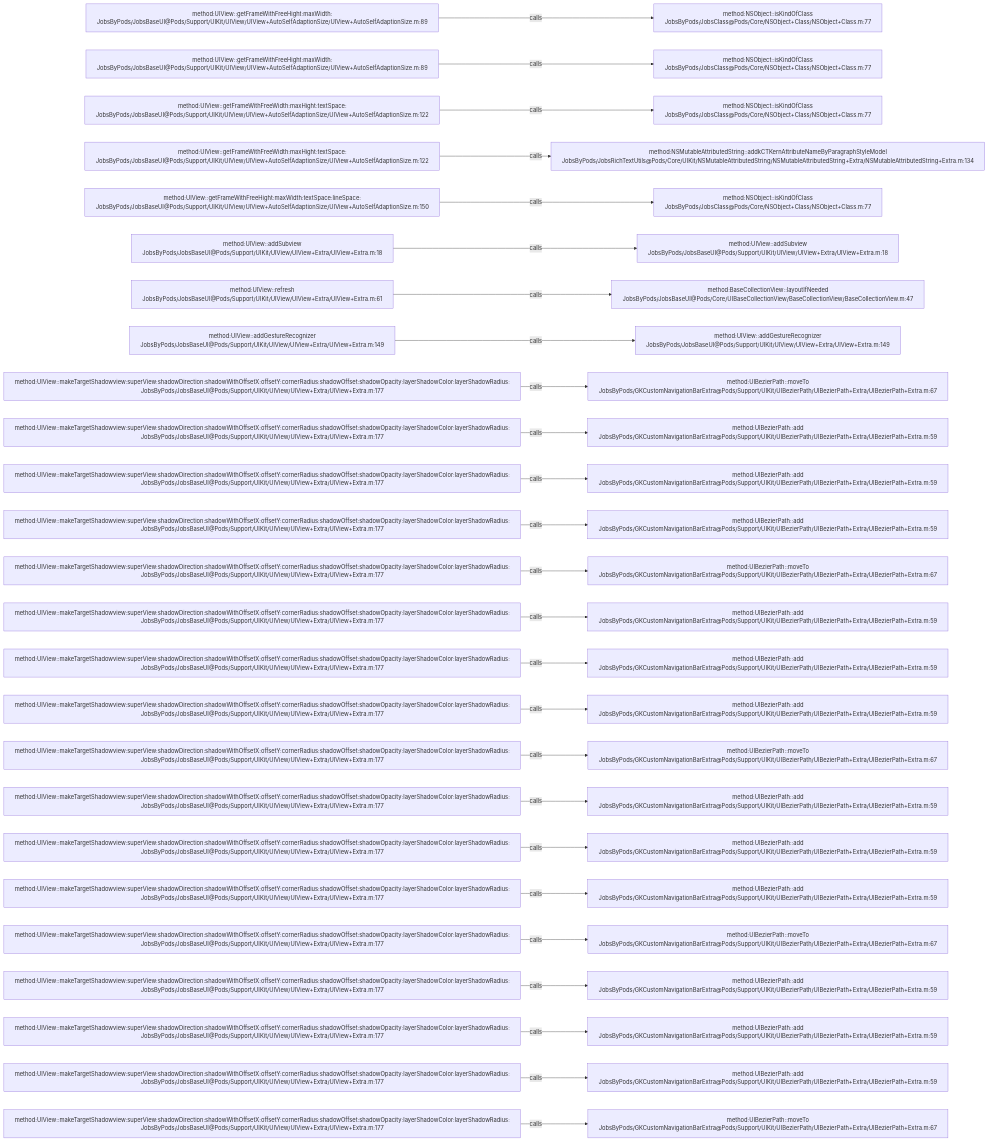
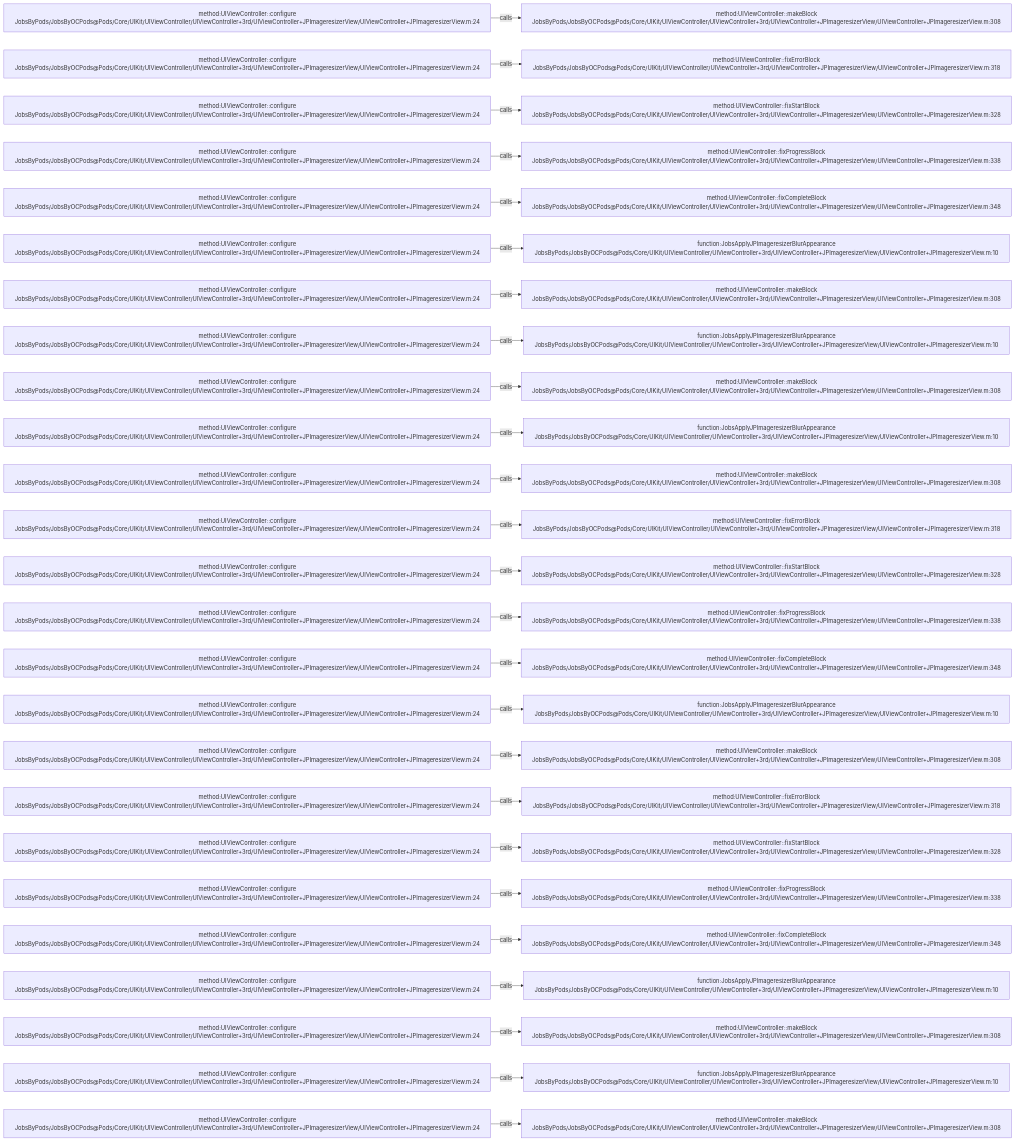
One commit to JobsKits/JobsOCBaseConfigDemo changed the diagram in .codegraph/codegraph.md/graphs/calls-044.md. Above: the diagram before and after it, drawn with Mermaid. The commit also changed 573 other files, not shown here.

````diff
--- a/.codegraph/codegraph.md/graphs/calls-044.md
+++ b/.codegraph/codegraph.md/graphs/calls-044.md
@@ -13,78 +13,78 @@
 ```mermaid
 flowchart LR
-  S1["method:UIView::getFrameWithFreeHight:maxWidth:<br/>JobsByPods/JobsBaseUI@Pods/Support/UIKit/UIView/UIView+AutoSelfAdaptionSize/UIView+AutoSelfAdaptionSize.m:89"]
-  T1["method:NSObject::isKindOfClass<br/>JobsByPods/JobsClass@Pods/Core/NSObject+Class/NSObject+Class.m:77"]
+  S1["method:UIViewController::configure<br/>JobsByPods/JobsByOCPods@Pods/Core/UIKit/UIViewController/UIViewController+3rd/UIViewController+JPImageresizerView/UIViewController+JPImageresizerView.m:24"]
+  T1["method:UIViewController::makeBlock<br/>JobsByPods/JobsByOCPods@Pods/Core/UIKit/UIViewController/UIViewController+3rd/UIViewController+JPImageresizerView/UIViewController+JPImageresizerView.m:308"]
   S1 -->|calls| T1
-  S2["method:UIView::getFrameWithFreeHight:maxWidth:<br/>JobsByPods/JobsBaseUI@Pods/Support/UIKit/UIView/UIView+AutoSelfAdaptionSize/UIView+AutoSelfAdaptionSize.m:89"]
-  T2["method:NSObject::isKindOfClass<br/>JobsByPods/JobsClass@Pods/Core/NSObject+Class/NSObject+Class.m:77"]
+  S2["method:UIViewController::configure<br/>JobsByPods/JobsByOCPods@Pods/Core/UIKit/UIViewController/UIViewController+3rd/UIViewController+JPImageresizerView/UIViewController+JPImageresizerView.m:24"]
+  T2["method:UIViewController::fixErrorBlock<br/>JobsByPods/JobsByOCPods@Pods/Core/UIKit/UIViewController/UIViewController+3rd/UIViewController+JPImageresizerView/UIViewController+JPImageresizerView.m:318"]
   S2 -->|calls| T2
-  S3["method:UIView::getFrameWithFreeWidth:maxHight:textSpace:<br/>JobsByPods/JobsBaseUI@Pods/Support/UIKit/UIView/UIView+AutoSelfAdaptionSize/UIView+AutoSelfAdaptionSize.m:122"]
-  T3["method:NSObject::isKindOfClass<br/>JobsByPods/JobsClass@Pods/Core/NSObject+Class/NSObject+Class.m:77"]
+  S3["method:UIViewController::configure<br/>JobsByPods/JobsByOCPods@Pods/Core/UIKit/UIViewController/UIViewController+3rd/UIViewController+JPImageresizerView/UIViewController+JPImageresizerView.m:24"]
+  T3["method:UIViewController::fixStartBlock<br/>JobsByPods/JobsByOCPods@Pods/Core/UIKit/UIViewController/UIViewController+3rd/UIViewController+JPImageresizerView/UIViewController+JPImageresizerView.m:328"]
   S3 -->|calls| T3
-  S4["method:UIView::getFrameWithFreeWidth:maxHight:textSpace:<br/>JobsByPods/JobsBaseUI@Pods/Support/UIKit/UIView/UIView+AutoSelfAdaptionSize/UIView+AutoSelfAdaptionSize.m:122"]
-  T4["method:NSMutableAttributedString::addkCTKernAttributeNameByParagraphStyleModel<br/>JobsByPods/JobsRichTextUtils@Pods/Core/UIKit/NSMutableAttributedString/NSMutableAttributedString+Extra/NSMutableAttributedString+Extra.m:134"]
+  S4["method:UIViewController::configure<br/>JobsByPods/JobsByOCPods@Pods/Core/UIKit/UIViewController/UIViewController+3rd/UIViewController+JPImageresizerView/UIViewController+JPImageresizerView.m:24"]
+  T4["method:UIViewController::fixProgressBlock<br/>JobsByPods/JobsByOCPods@Pods/Core/UIKit/UIViewController/UIViewController+3rd/UIViewController+JPImageresizerView/UIViewController+JPImageresizerView.m:338"]
   S4 -->|calls| T4
-  S5["method:UIView::getFrameWithFreeHight:maxWidth:textSpace:lineSpace:<br/>JobsByPods/JobsBaseUI@Pods/Support/UIKit/UIView/UIView+AutoSelfAdaptionSize/UIView+AutoSelfAdaptionSize.m:150"]
-  T5["method:NSObject::isKindOfClass<br/>JobsByPods/JobsClass@Pods/Core/NSObject+Class/NSObject+Class.m:77"]
+  S5["method:UIViewController::configure<br/>JobsByPods/JobsByOCPods@Pods/Core/UIKit/UIViewController/UIViewController+3rd/UIViewController+JPImageresizerView/UIViewController+JPImageresizerView.m:24"]
+  T5["method:UIViewController::fixCompleteBlock<br/>JobsByPods/JobsByOCPods@Pods/Core/UIKit/UIViewController/UIViewController+3rd/UIViewController+JPImageresizerView/UIViewController+JPImageresizerView.m:348"]
   S5 -->|calls| T5
-  S6["method:UIView::addSubview<br/>JobsByPods/JobsBaseUI@Pods/Support/UIKit/UIView/UIView+Extra/UIView+Extra.m:18"]
-  T6["method:UIView::addSubview<br/>JobsByPods/JobsBaseUI@Pods/Support/UIKit/UIView/UIView+Extra/UIView+Extra.m:18"]
+  S6["method:UIViewController::configure<br/>JobsByPods/JobsByOCPods@Pods/Core/UIKit/UIViewController/UIViewController+3rd/UIViewController+JPImageresizerView/UIViewController+JPImageresizerView.m:24"]
+  T6["function:JobsApplyJPImageresizerBlurAppearance<br/>JobsByPods/JobsByOCPods@Pods/Core/UIKit/UIViewController/UIViewController+3rd/UIViewController+JPImageresizerView/UIViewController+JPImageresizerView.m:10"]
   S6 -->|calls| T6
-  S7["method:UIView::refresh<br/>JobsByPods/JobsBaseUI@Pods/Support/UIKit/UIView/UIView+Extra/UIView+Extra.m:61"]
-  T7["method:BaseCollectionView::layoutIfNeeded<br/>JobsByPods/JobsBaseUI@Pods/Core/UIBaseCollectionView/BaseCollectionView/BaseCollectionView.m:47"]
+  S7["method:UIViewController::configure<br/>JobsByPods/JobsByOCPods@Pods/Core/UIKit/UIViewController/UIViewController+3rd/UIViewController+JPImageresizerView/UIViewController+JPImageresizerView.m:24"]
+  T7["method:UIViewController::makeBlock<br/>JobsByPods/JobsByOCPods@Pods/Core/UIKit/UIViewController/UIViewController+3rd/UIViewController+JPImageresizerView/UIViewController+JPImageresizerView.m:308"]
   S7 -->|calls| T7
-  S8["method:UIView::addGestureRecognizer<br/>JobsByPods/JobsBaseUI@Pods/Support/UIKit/UIView/UIView+Extra/UIView+Extra.m:149"]
-  T8["method:UIView::addGestureRecognizer<br/>JobsByPods/JobsBaseUI@Pods/Support/UIKit/UIView/UIView+Extra/UIView+Extra.m:149"]
+  S8["method:UIViewController::configure<br/>JobsByPods/JobsByOCPods@Pods/Core/UIKit/UIViewController/UIViewController+3rd/UIViewController+JPImageresizerView/UIViewController+JPImageresizerView.m:24"]
+  T8["function:JobsApplyJPImageresizerBlurAppearance<br/>JobsByPods/JobsByOCPods@Pods/Core/UIKit/UIViewController/UIViewController+3rd/UIViewController+JPImageresizerView/UIViewController+JPImageresizerView.m:10"]
   S8 -->|calls| T8
-  S9["method:UIView::makeTargetShadowview:superView:shadowDirection:shadowWithOffsetX:offsetY:cornerRadius:shadowOffset:shadowOpacity:layerShadowColor:layerShadowRadius:<br/>JobsByPods/JobsBaseUI@Pods/Support/UIKit/UIView/UIView+Extra/UIView+Extra.m:177"]
-  T9["method:UIBezierPath::moveTo<br/>JobsByPods/GKCustomNavigationBarExtra@Pods/Support/UIKit/UIBezierPath/UIBezierPath+Extra/UIBezierPath+Extra.m:67"]
+  S9["method:UIViewController::configure<br/>JobsByPods/JobsByOCPods@Pods/Core/UIKit/UIViewController/UIViewController+3rd/UIViewController+JPImageresizerView/UIViewController+JPImageresizerView.m:24"]
+  T9["method:UIViewController::makeBlock<br/>JobsByPods/JobsByOCPods@Pods/Core/UIKit/UIViewController/UIViewController+3rd/UIViewController+JPImageresizerView/UIViewController+JPImageresizerView.m:308"]
   S9 -->|calls| T9
-  S10["method:UIView::makeTargetShadowview:superView:shadowDirection:shadowWithOffsetX:offsetY:cornerRadius:shadowOffset:shadowOpacity:layerShadowColor:layerShadowRadius:<br/>JobsByPods/JobsBaseUI@Pods/Support/UIKit/UIView/UIView+Extra/UIView+Extra.m:177"]
-  T10["method:UIBezierPath::add<br/>JobsByPods/GKCustomNavigationBarExtra@Pods/Support/UIKit/UIBezierPath/UIBezierPath+Extra/UIBezierPath+Extra.m:59"]
+  S10["method:UIViewController::configure<br/>JobsByPods/JobsByOCPods@Pods/Core/UIKit/UIViewController/UIViewController+3rd/UIViewController+JPImageresizerView/UIViewController+JPImageresizerView.m:24"]
+  T10["function:JobsApplyJPImageresizerBlurAppearance<br/>JobsByPods/JobsByOCPods@Pods/Core/UIKit/UIViewController/UIViewController+3rd/UIViewController+JPImageresizerView/UIViewController+JPImageresizerView.m:10"]
   S10 -->|calls| T10
-  S11["method:UIView::makeTargetShadowview:superView:shadowDirection:shadowWithOffsetX:offsetY:cornerRadius:shadowOffset:shadowOpacity:layerShadowColor:layerShadowRadius:<br/>JobsByPods/JobsBaseUI@Pods/Support/UIKit/UIView/UIView+Extra/UIView+Extra.m:177"]
-  T11["method:UIBezierPath::add<br/>JobsByPods/GKCustomNavigationBarExtra@Pods/Support/UIKit/UIBezierPath/UIBezierPath+Extra/UIBezierPath+Extra.m:59"]
+  S11["method:UIViewController::configure<br/>JobsByPods/JobsByOCPods@Pods/Core/UIKit/UIViewController/UIViewController+3rd/UIViewController+JPImageresizerView/UIViewController+JPImageresizerView.m:24"]
+  T11["method:UIViewController::makeBlock<br/>JobsByPods/JobsByOCPods@Pods/Core/UIKit/UIViewController/UIViewController+3rd/UIViewController+JPImageresizerView/UIViewController+JPImageresizerView.m:308"]
   S11 -->|calls| T11
-  S12["method:UIView::makeTargetShadowview:superView:shadowDirection:shadowWithOffsetX:offsetY:cornerRadius:shadowOffset:shadowOpacity:layerShadowColor:layerShadowRadius:<br/>JobsByPods/JobsBaseUI@Pods/Support/UIKit/UIView/UIView+Extra/UIView+Extra.m:177"]
-  T12["method:UIBezierPath::add<br/>JobsByPods/GKCustomNavigationBarExtra@Pods/Support/UIKit/UIBezierPath/UIBezierPath+Extra/UIBezierPath+Extra.m:59"]
+  S12["method:UIViewController::configure<br/>JobsByPods/JobsByOCPods@Pods/Core/UIKit/UIViewController/UIViewController+3rd/UIViewController+JPImageresizerView/UIViewController+JPImageresizerView.m:24"]
+  T12["method:UIViewController::fixErrorBlock<br/>JobsByPods/JobsByOCPods@Pods/Core/UIKit/UIViewController/UIViewController+3rd/UIViewController+JPImageresizerView/UIViewController+JPImageresizerView.m:318"]
   S12 -->|calls| T12
-  S13["method:UIView::makeTargetShadowview:superView:shadowDirection:shadowWithOffsetX:offsetY:cornerRadius:shadowOffset:shadowOpacity:layerShadowColor:layerShadowRadius:<br/>JobsByPods/JobsBaseUI@Pods/Support/UIKit/UIView/UIView+Extra/UIView+Extra.m:177"]
-  T13["method:UIBezierPath::moveTo<br/>JobsByPods/GKCustomNavigationBarExtra@Pods/Support/UIKit/UIBezierPath/UIBezierPath+Extra/UIBezierPath+Extra.m:67"]
+  S13["method:UIViewController::configure<br/>JobsByPods/JobsByOCPods@Pods/Core/UIKit/UIViewController/UIViewController+3rd/UIViewController+JPImageresizerView/UIViewController+JPImageresizerView.m:24"]
+  T13["method:UIViewController::fixStartBlock<br/>JobsByPods/JobsByOCPods@Pods/Core/UIKit/UIViewController/UIViewController+3rd/UIViewController+JPImageresizerView/UIViewController+JPImageresizerView.m:328"]
   S13 -->|calls| T13
-  S14["method:UIView::makeTargetShadowview:superView:shadowDirection:shadowWithOffsetX:offsetY:cornerRadius:shadowOffset:shadowOpacity:layerShadowColor:layerShadowRadius:<br/>JobsByPods/JobsBaseUI@Pods/Support/UIKit/UIView/UIView+Extra/UIView+Extra.m:177"]
-  T14["method:UIBezierPath::add<br/>JobsByPods/GKCustomNavigationBarExtra@Pods/Support/UIKit/UIBezierPath/UIBezierPath+Extra/UIBezierPath+Extra.m:59"]
+  S14["method:UIViewController::configure<br/>JobsByPods/JobsByOCPods@Pods/Core/UIKit/UIViewController/UIViewController+3rd/UIViewController+JPImageresizerView/UIViewController+JPImageresizerView.m:24"]
+  T14["method:UIViewController::fixProgressBlock<br/>JobsByPods/JobsByOCPods@Pods/Core/UIKit/UIViewController/UIViewController+3rd/UIViewController+JPImageresizerView/UIViewController+JPImageresizerView.m:338"]
   S14 -->|calls| T14
-  S15["method:UIView::makeTargetShadowview:superView:shadowDirection:shadowWithOffsetX:offsetY:cornerRadius:shadowOffset:shadowOpacity:layerShadowColor:layerShadowRadius:<br/>JobsByPods/JobsBaseUI@Pods/Support/UIKit/UIView/UIView+Extra/UIView+Extra.m:177"]
-  T15["method:UIBezierPath::add<br/>JobsByPods/GKCustomNavigationBarExtra@Pods/Support/UIKit/UIBezierPath/UIBezierPath+Extra/UIBezierPath+Extra.m:59"]
+  S15["method:UIViewController::configure<br/>JobsByPods/JobsByOCPods@Pods/Core/UIKit/UIViewController/UIViewController+3rd/UIViewController+JPImageresizerView/UIViewController+JPImageresizerView.m:24"]
+  T15["method:UIViewController::fixCompleteBlock<br/>JobsByPods/JobsByOCPods@Pods/Core/UIKit/UIViewController/UIViewController+3rd/UIViewController+JPImageresizerView/UIViewController+JPImageresizerView.m:348"]
   S15 -->|calls| T15
-  S16["method:UIView::makeTargetShadowview:superView:shadowDirection:shadowWithOffsetX:offsetY:cornerRadius:shadowOffset:shadowOpacity:layerShadowColor:layerShadowRadius:<br/>JobsByPods/JobsBaseUI@Pods/Support/UIKit/UIView/UIView+Extra/UIView+Extra.m:177"]
-  T16["method:UIBezierPath::add<br/>JobsByPods/GKCustomNavigationBarExtra@Pods/Support/UIKit/UIBezierPath/UIBezierPath+Extra/UIBezierPath+Extra.m:59"]
+  S16["method:UIViewController::configure<br/>JobsByPods/JobsByOCPods@Pods/Core/UIKit/UIViewController/UIViewController+3rd/UIViewController+JPImageresizerView/UIViewController+JPImageresizerView.m:24"]
+  T16["function:JobsApplyJPImageresizerBlurAppearance<br/>JobsByPods/JobsByOCPods@Pods/Core/UIKit/UIViewController/UIViewController+3rd/UIViewController+JPImageresizerView/UIViewController+JPImageresizerView.m:10"]
   S16 -->|calls| T16
-  S17["method:UIView::makeTargetShadowview:superView:shadowDirection:shadowWithOffsetX:offsetY:cornerRadius:shadowOffset:shadowOpacity:layerShadowColor:layerShadowRadius:<br/>JobsByPods/JobsBaseUI@Pods/Support/UIKit/UIView/UIView+Extra/UIView+Extra.m:177"]
-  T17["method:UIBezierPath::moveTo<br/>JobsByPods/GKCustomNavigationBarExtra@Pods/Support/UIKit/UIBezierPath/UIBezierPath+Extra/UIBezierPath+Extra.m:67"]
+  S17["method:UIViewController::configure<br/>JobsByPods/JobsByOCPods@Pods/Core/UIKit/UIViewController/UIViewController+3rd/UIViewController+JPImageresizerView/UIViewController+JPImageresizerView.m:24"]
+  T17["method:UIViewController::makeBlock<br/>JobsByPods/JobsByOCPods@Pods/Core/UIKit/UIViewController/UIViewController+3rd/UIViewController+JPImageresizerView/UIViewController+JPImageresizerView.m:308"]
   S17 -->|calls| T17
-  S18["method:UIView::makeTargetShadowview:superView:shadowDirection:shadowWithOffsetX:offsetY:cornerRadius:shadowOffset:shadowOpacity:layerShadowColor:layerShadowRadius:<br/>JobsByPods/JobsBaseUI@Pods/Support/UIKit/UIView/UIView+Extra/UIView+Extra.m:177"]
-  T18["method:UIBezierPath::add<br/>JobsByPods/GKCustomNavigationBarExtra@Pods/Support/UIKit/UIBezierPath/UIBezierPath+Extra/UIBezierPath+Extra.m:59"]
+  S18["method:UIViewController::configure<br/>JobsByPods/JobsByOCPods@Pods/Core/UIKit/UIViewController/UIViewController+3rd/UIViewController+JPImageresizerView/UIViewController+JPImageresizerView.m:24"]
+  T18["method:UIViewController::fixErrorBlock<br/>JobsByPods/JobsByOCPods@Pods/Core/UIKit/UIViewController/UIViewController+3rd/UIViewController+JPImageresizerView/UIViewController+JPImageresizerView.m:318"]
   S18 -->|calls| T18
-  S19["method:UIView::makeTargetShadowview:superView:shadowDirection:shadowWithOffsetX:offsetY:cornerRadius:shadowOffset:shadowOpacity:layerShadowColor:layerShadowRadius:<br/>JobsByPods/JobsBaseUI@Pods/Support/UIKit/UIView/UIView+Extra/UIView+Extra.m:177"]
-  T19["method:UIBezierPath::add<br/>JobsByPods/GKCustomNavigationBarExtra@Pods/Support/UIKit/UIBezierPath/UIBezierPath+Extra/UIBezierPath+Extra.m:59"]
+  S19["method:UIViewController::configure<br/>JobsByPods/JobsByOCPods@Pods/Core/UIKit/UIViewController/UIViewController+3rd/UIViewController+JPImageresizerView/UIViewController+JPImageresizerView.m:24"]
+  T19["method:UIViewController::fixStartBlock<br/>JobsByPods/JobsByOCPods@Pods/Core/UIKit/UIViewController/UIViewController+3rd/UIViewController+JPImageresizerView/UIViewController+JPImageresizerView.m:328"]
   S19 -->|calls| T19
-  S20["method:UIView::makeTargetShadowview:superView:shadowDirection:shadowWithOffsetX:offsetY:cornerRadius:shadowOffset:shadowOpacity:layerShadowColor:layerShadowRadius:<br/>JobsByPods/JobsBaseUI@Pods/Support/UIKit/UIView/UIView+Extra/UIView+Extra.m:177"]
-  T20["method:UIBezierPath::add<br/>JobsByPods/GKCustomNavigationBarExtra@Pods/Support/UIKit/UIBezierPath/UIBezierPath+Extra/UIBezierPath+Extra.m:59"]
+  S20["method:UIViewController::configure<br/>JobsByPods/JobsByOCPods@Pods/Core/UIKit/UIViewController/UIViewController+3rd/UIViewController+JPImageresizerView/UIViewController+JPImageresizerView.m:24"]
+  T20["method:UIViewController::fixProgressBlock<br/>JobsByPods/JobsByOCPods@Pods/Core/UIKit/UIViewController/UIViewController+3rd/UIViewController+JPImageresizerView/UIViewController+JPImageresizerView.m:338"]
   S20 -->|calls| T20
-  S21["method:UIView::makeTargetShadowview:superView:shadowDirection:shadowWithOffsetX:offsetY:cornerRadius:shadowOffset:shadowOpacity:layerShadowColor:layerShadowRadius:<br/>JobsByPods/JobsBaseUI@Pods/Support/UIKit/UIView/UIView+Extra/UIView+Extra.m:177"]
-  T21["method:UIBezierPath::moveTo<br/>JobsByPods/GKCustomNavigationBarExtra@Pods/Support/UIKit/UIBezierPath/UIBezierPath+Extra/UIBezierPath+Extra.m:67"]
+  S21["method:UIViewController::configure<br/>JobsByPods/JobsByOCPods@Pods/Core/UIKit/UIViewController/UIViewController+3rd/UIViewController+JPImageresizerView/UIViewController+JPImageresizerView.m:24"]
+  T21["method:UIViewController::fixCompleteBlock<br/>JobsByPods/JobsByOCPods@Pods/Core/UIKit/UIViewController/UIViewController+3rd/UIViewController+JPImageresizerView/UIViewController+JPImageresizerView.m:348"]
   S21 -->|calls| T21
-  S22["method:UIView::makeTargetShadowview:superView:shadowDirection:shadowWithOffsetX:offsetY:cornerRadius:shadowOffset:shadowOpacity:layerShadowColor:layerShadowRadius:<br/>JobsByPods/JobsBaseUI@Pods/Support/UIKit/UIView/UIView+Extra/UIView+Extra.m:177"]
-  T22["method:UIBezierPath::add<br/>JobsByPods/GKCustomNavigationBarExtra@Pods/Support/UIKit/UIBezierPath/UIBezierPath+Extra/UIBezierPath+Extra.m:59"]
+  S22["method:UIViewController::configure<br/>JobsByPods/JobsByOCPods@Pods/Core/UIKit/UIViewController/UIViewController+3rd/UIViewController+JPImageresizerView/UIViewController+JPImageresizerView.m:24"]
+  T22["function:JobsApplyJPImageresizerBlurAppearance<br/>JobsByPods/JobsByOCPods@Pods/Core/UIKit/UIViewController/UIViewController+3rd/UIViewController+JPImageresizerView/UIViewController+JPImageresizerView.m:10"]
   S22 -->|calls| T22
-  S23["method:UIView::makeTargetShadowview:superView:shadowDirection:shadowWithOffsetX:offsetY:cornerRadius:shadowOffset:shadowOpacity:layerShadowColor:layerShadowRadius:<br/>JobsByPods/JobsBaseUI@Pods/Support/UIKit/UIView/UIView+Extra/UIView+Extra.m:177"]
-  T23["method:UIBezierPath::add<br/>JobsByPods/GKCustomNavigationBarExtra@Pods/Support/UIKit/UIBezierPath/UIBezierPath+Extra/UIBezierPath+Extra.m:59"]
+  S23["method:UIViewController::configure<br/>JobsByPods/JobsByOCPods@Pods/Core/UIKit/UIViewController/UIViewController+3rd/UIViewController+JPImageresizerView/UIViewController+JPImageresizerView.m:24"]
+  T23["method:UIViewController::makeBlock<br/>JobsByPods/JobsByOCPods@Pods/Core/UIKit/UIViewController/UIViewController+3rd/UIViewController+JPImageresizerView/UIViewController+JPImageresizerView.m:308"]
   S23 -->|calls| T23
-  S24["method:UIView::makeTargetShadowview:superView:shadowDirection:shadowWithOffsetX:offsetY:cornerRadius:shadowOffset:shadowOpacity:layerShadowColor:layerShadowRadius:<br/>JobsByPods/JobsBaseUI@Pods/Support/UIKit/UIView/UIView+Extra/UIView+Extra.m:177"]
-  T24["method:UIBezierPath::add<br/>JobsByPods/GKCustomNavigationBarExtra@Pods/Support/UIKit/UIBezierPath/UIBezierPath+Extra/UIBezierPath+Extra.m:59"]
+  S24["method:UIViewController::configure<br/>JobsByPods/JobsByOCPods@Pods/Core/UIKit/UIViewController/UIViewController+3rd/UIViewController+JPImageresizerView/UIViewController+JPImageresizerView.m:24"]
+  T24["function:JobsApplyJPImageresizerBlurAppearance<br/>JobsByPods/JobsByOCPods@Pods/Core/UIKit/UIViewController/UIViewController+3rd/UIViewController+JPImageresizerView/UIViewController+JPImageresizerView.m:10"]
   S24 -->|calls| T24
-  S25["method:UIView::makeTargetShadowview:superView:shadowDirection:shadowWithOffsetX:offsetY:cornerRadius:shadowOffset:shadowOpacity:layerShadowColor:layerShadowRadius:<br/>JobsByPods/JobsBaseUI@Pods/Support/UIKit/UIView/UIView+Extra/UIView+Extra.m:177"]
-  T25["method:UIBezierPath::moveTo<br/>JobsByPods/GKCustomNavigationBarExtra@Pods/Support/UIKit/UIBezierPath/UIBezierPath+Extra/UIBezierPath+Extra.m:67"]
+  S25["method:UIViewController::configure<br/>JobsByPods/JobsByOCPods@Pods/Core/UIKit/UIViewController/UIViewController+3rd/UIViewController+JPImageresizerView/UIViewController+JPImageresizerView.m:24"]
+  T25["method:UIViewController::makeBlock<br/>JobsByPods/JobsByOCPods@Pods/Core/UIKit/UIViewController/UIViewController+3rd/UIViewController+JPImageresizerView/UIViewController+JPImageresizerView.m:308"]
   S25 -->|calls| T25
 ```
````
